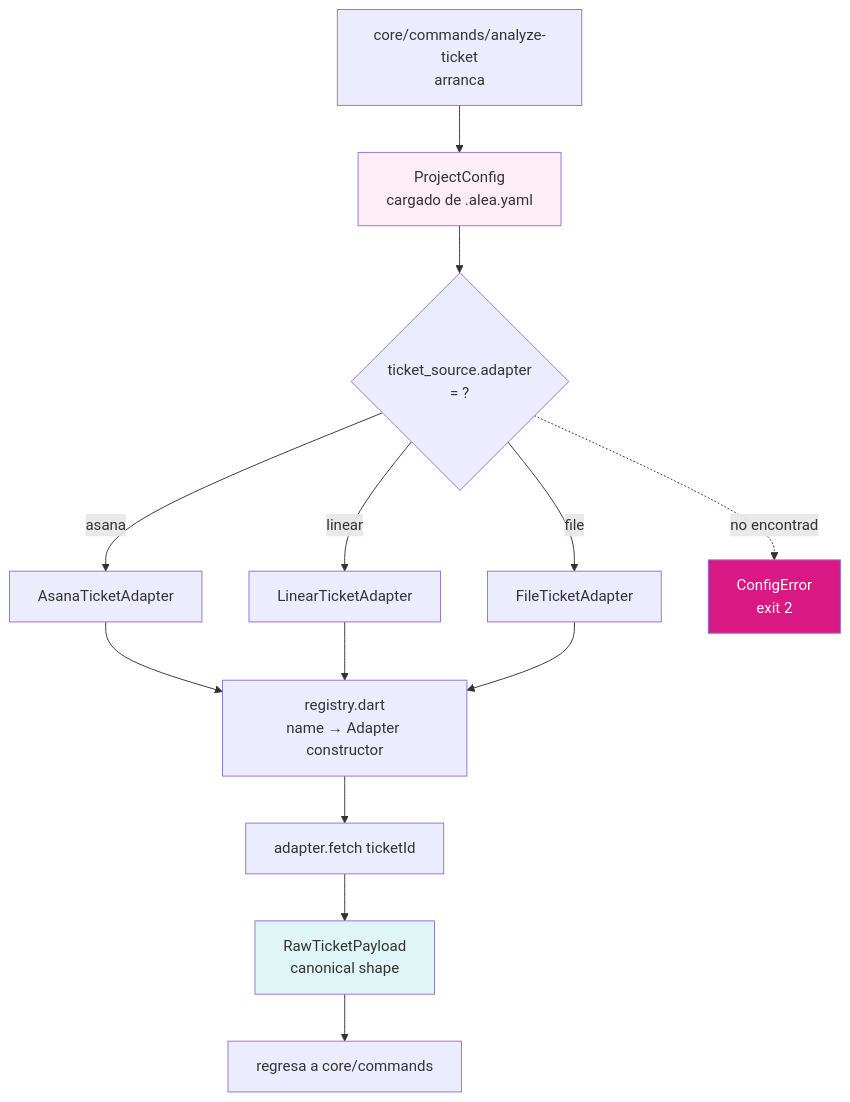
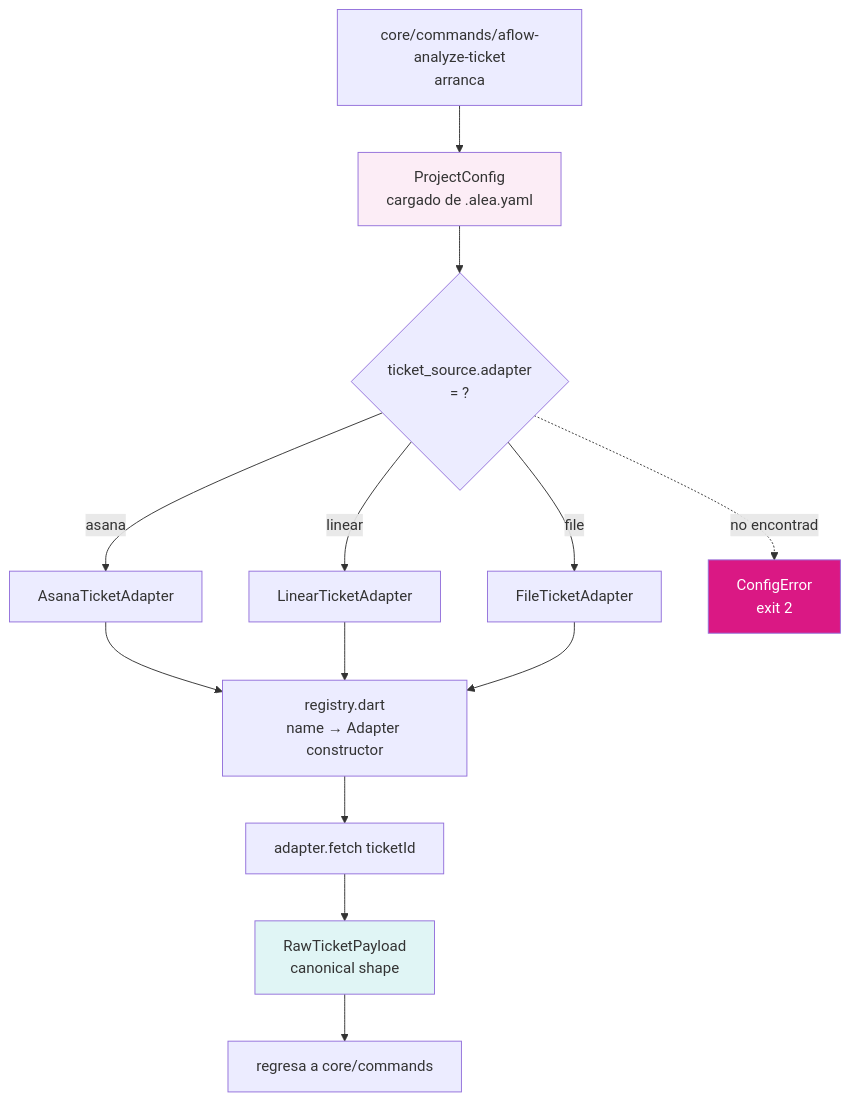
One commit to GuzCabQ/alea-flow changed the fifth of 9 diagrams in docs/PROJECT_WALKTHROUGH.md. Above: the diagram before and after it, drawn with Mermaid. The commit also changed other lines of this file and 167 other files, not shown here.

First line of the commit message:
release: v0.1.1 — init/config, analyzer remediation, html report, command install, graph via dart_source_graph

````diff
--- a/docs/PROJECT_WALKTHROUGH.md
+++ b/docs/PROJECT_WALKTHROUGH.md
@@ -247,26 +247,26 @@
 ```mermaid
 flowchart TB
-    cmd[core/commands/analyze-ticket<br/>arranca]
+    cmd[core/commands/aflow-analyze-ticket<br/>arranca]
     config[ProjectConfig<br/>cargado de .alea.yaml]
     name{ticket_source.adapter<br/>= ?}
     reg[registry.dart<br/>name → Adapter constructor]
 
     cmd --> config
     config --> name
     name -->|asana| ra[AsanaTicketAdapter]
     name -->|linear| rl[LinearTicketAdapter]
     name -->|file| rf[FileTicketAdapter]
     name -.no encontrado.-> err[ConfigError<br/>exit 2]
 
     ra --> reg
     rl --> reg
     rf --> reg
 
     reg --> impl[adapter.fetch ticketId]
     impl --> payload[RawTicketPayload<br/>canonical shape]
     payload --> back[regresa a core/commands]
 
     style config fill:#FCEDF6
     style payload fill:#E0F5F5
     style err fill:#DA1884,color:#fff
 ```
````
